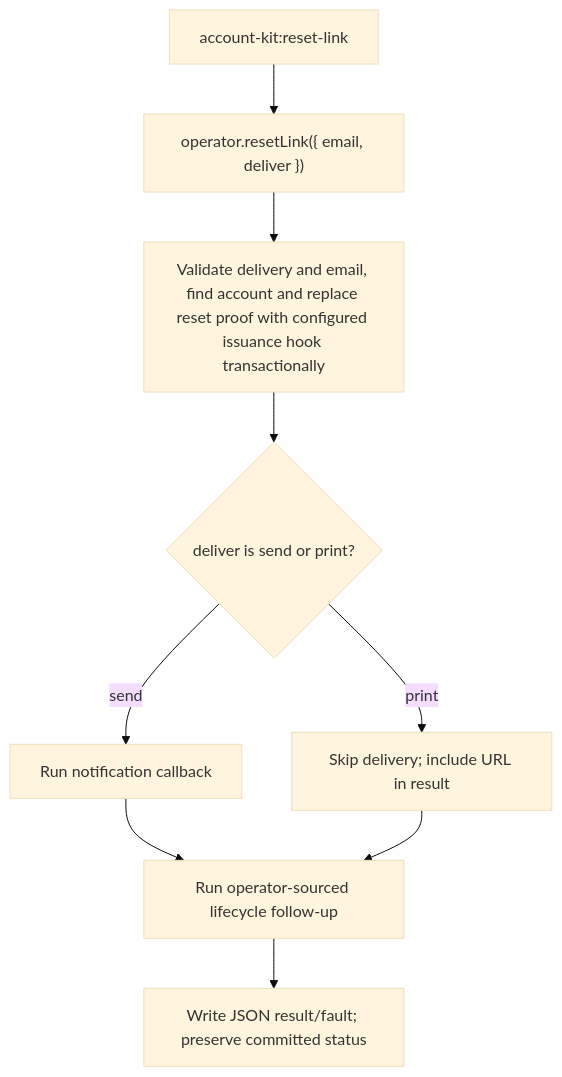
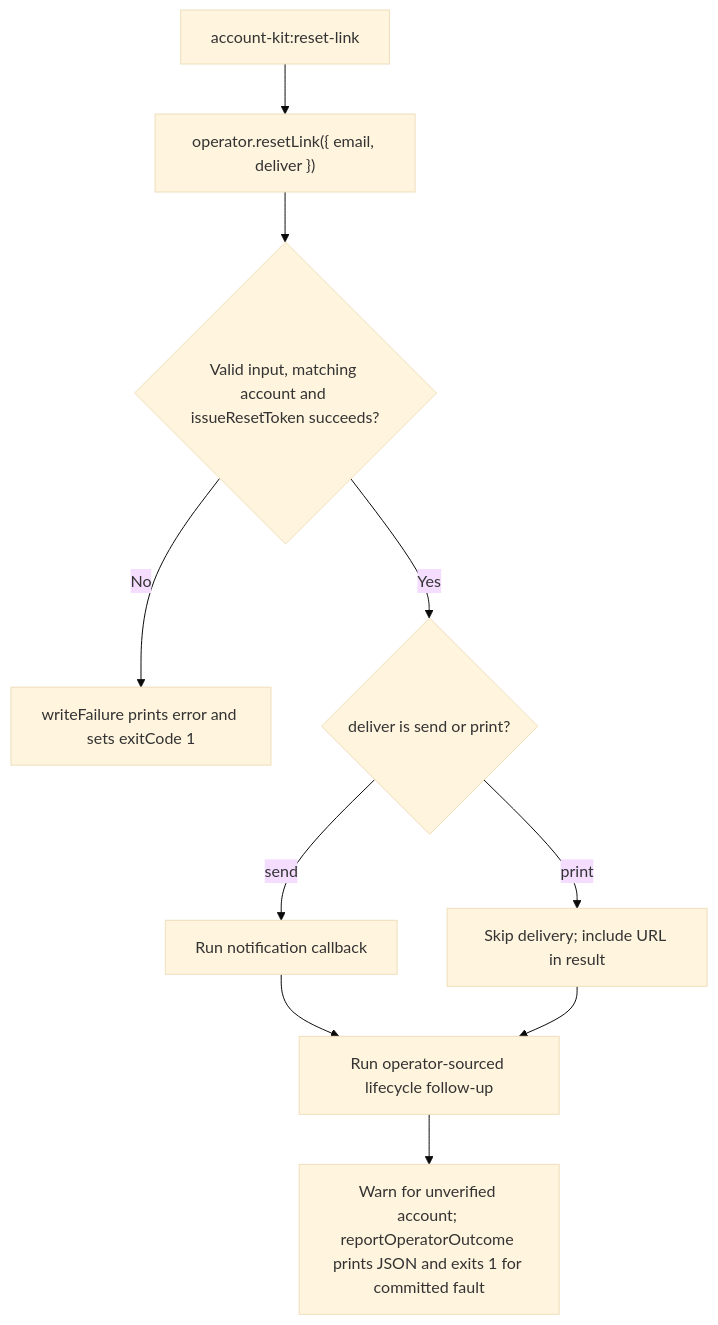
The second of 2 diagrams in user-stories/US-ACCOUNT-52-issue-reset-link-as-operator.md (Kevinjohn/oss-adonisjs-account-kit), drawn with Mermaid (base theme) before and after one commit. The commit also changed other lines of this file and 70 other files, not shown here.

````diff
--- a/user-stories/US-ACCOUNT-52-issue-reset-link-as-operator.md
+++ b/user-stories/US-ACCOUNT-52-issue-reset-link-as-operator.md
@@ -35,11 +35,12 @@
 ```mermaid
 flowchart TD
  A["account-kit:reset-link"] --> B["operator.resetLink({ email, deliver })"]
- B --> C["Validate delivery and email, find account and replace reset proof with configured issuance hook transactionally"]
- C --> D{"deliver is send or print?"}
+ B --> C{"Valid input, matching account and issueResetToken succeeds?"}
+ C -->|No| X["writeFailure prints error and sets exitCode 1"]
+ C -->|Yes| D{"deliver is send or print?"}
  D -->|send| E["Run notification callback"]
  D -->|print| F["Skip delivery; include URL in result"]
  E --> H["Run operator-sourced lifecycle follow-up"]
  F --> H
- H --> G["Write JSON result/fault; preserve committed status"]
+ H --> G["Warn for unverified account; reportOperatorOutcome prints JSON and exits 1 for committed fault"]
 ```
````
